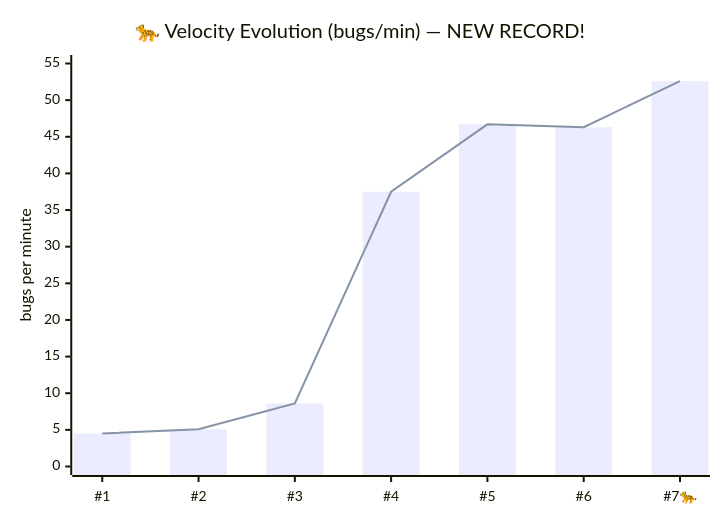
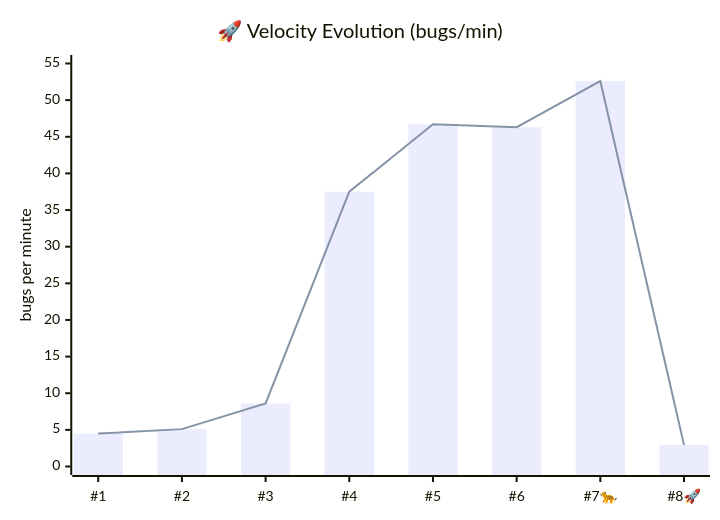
Before and after one commit to SimHacker/tmnn7-8: the second of 3 diagrams in analysis/activity/README.md, drawn with Mermaid. The commit also changed other lines of this file and 5 other files, not shown here.

````diff
--- a/analysis/activity/README.md
+++ b/analysis/activity/README.md
@@ -171,8 +176,8 @@
 ```mermaid
 xychart-beta
-    title "🐆 Velocity Evolution (bugs/min) — NEW RECORD!"
-    x-axis ["#1", "#2", "#3", "#4", "#5", "#6", "#7🐆"]
+    title "🚀 Velocity Evolution (bugs/min)"
+    x-axis ["#1", "#2", "#3", "#4", "#5", "#6", "#7🐆", "#8🚀"]
     y-axis "bugs per minute" 0 --> 55
-    bar [4.5, 5.1, 8.6, 37.5, 46.7, 46.3, 52.6]
-    line [4.5, 5.1, 8.6, 37.5, 46.7, 46.3, 52.6]
+    bar [4.5, 5.1, 8.6, 37.5, 46.7, 46.3, 52.6, 2.95]
+    line [4.5, 5.1, 8.6, 37.5, 46.7, 46.3, 52.6, 2.95]
 ```
````
